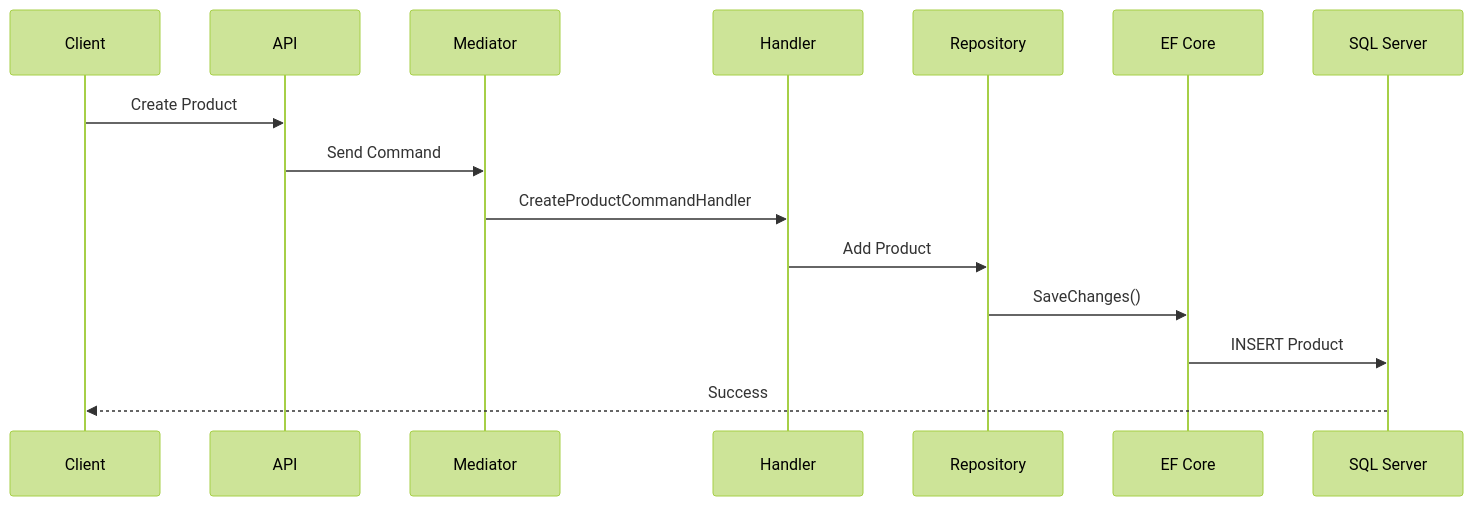
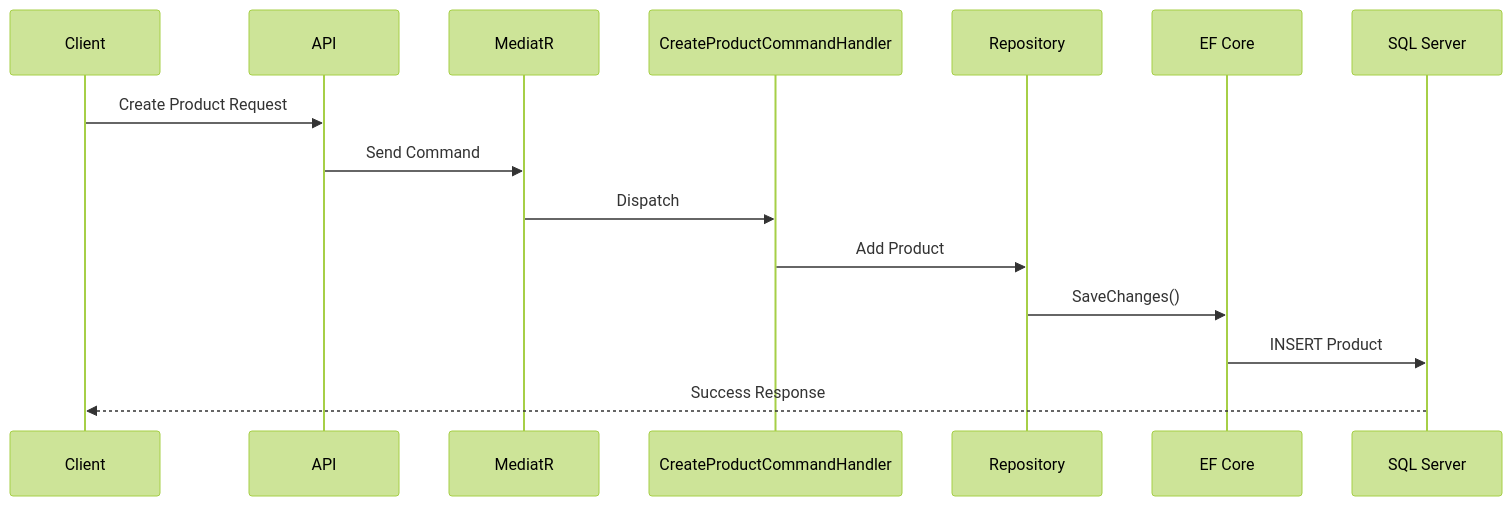
The third of 4 diagrams in docs/catalog.md (chintanchhapgar/ShopSphere), drawn with Mermaid (forest theme) before and after one commit. The commit also changed other lines of this file, not shown here.

````diff
--- a/docs/catalog.md
+++ b/docs/catalog.md
@@ -212,17 +216,18 @@
 ```mermaid
 sequenceDiagram
+    participant Client
+    participant API
+    participant Mediator as MediatR
+    participant Handler as CreateProductCommandHandler
+    participant Repository
+    participant EF as EF Core
+    participant DB as SQL Server
 
-Client->>API: Create Product
-
-API->>Mediator: Send Command
-
-Mediator->>Handler: CreateProductCommandHandler
-
-Handler->>Repository: Add Product
-
-Repository->>EF Core: SaveChanges()
-
-EF Core->>SQL Server: INSERT Product
-
-SQL Server-->>Client: Success
+    Client->>API: Create Product Request
+    API->>Mediator: Send Command
+    Mediator->>Handler: Dispatch
+    Handler->>Repository: Add Product
+    Repository->>EF: SaveChanges()
+    EF->>DB: INSERT Product
+    DB-->>Client: Success Response
 ```
````
